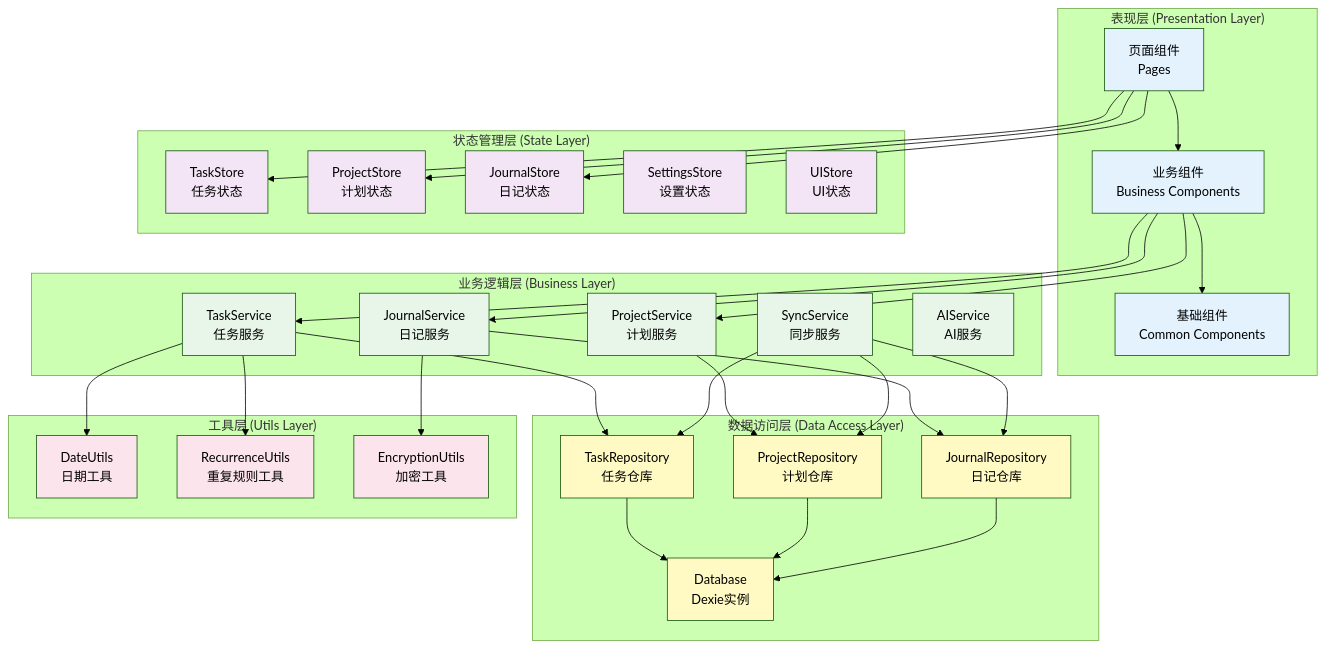
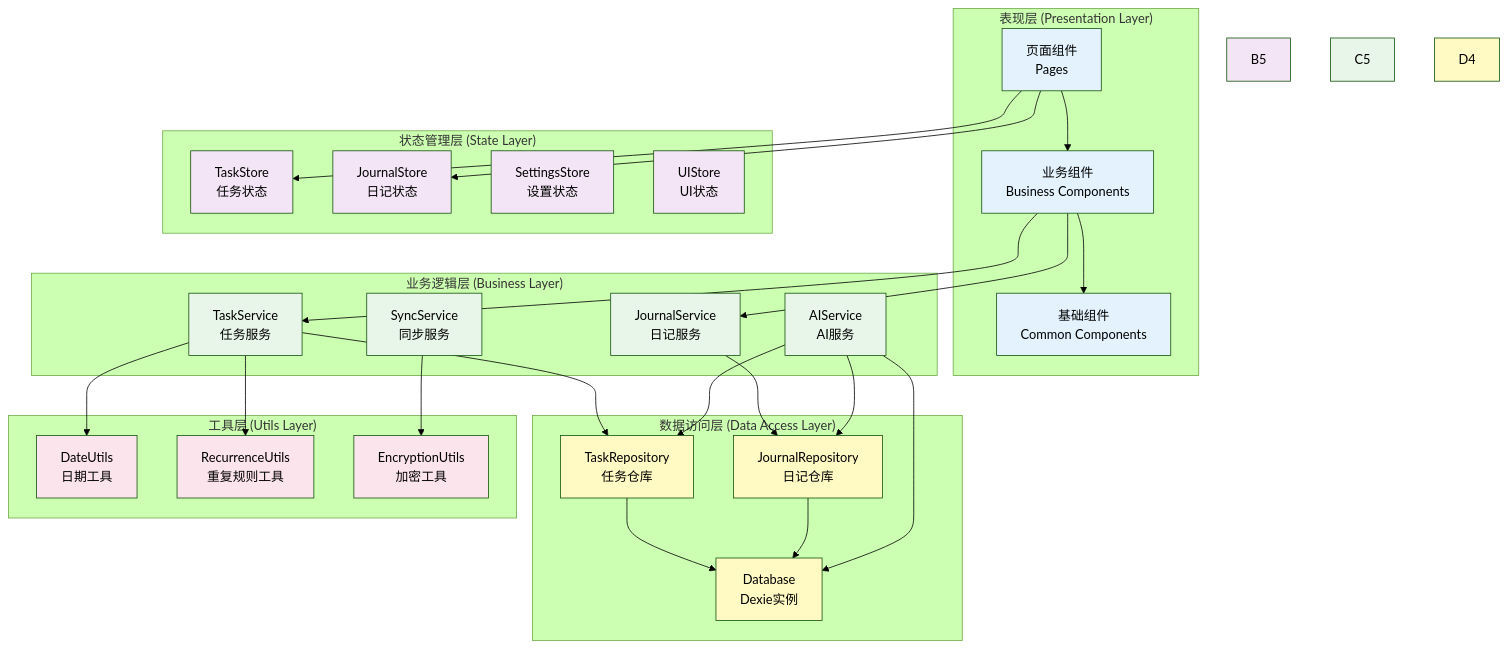
One commit to ConradZhangcong/one-day changed the third of 12 diagrams in docs/技术架构图.md. Above: the diagram before and after it, drawn with Mermaid (forest theme). The commit also changed other lines of this file and 26 other files, not shown here.

````diff
--- a/docs/技术架构图.md
+++ b/docs/技术架构图.md
@@ -121,79 +121,72 @@
 ```mermaid
 graph TD
     subgraph "表现层 (Presentation Layer)"
         A1[页面组件<br/>Pages]
         A2[业务组件<br/>Business Components]
         A3[基础组件<br/>Common Components]
     end
     
     subgraph "状态管理层 (State Layer)"
         B1[TaskStore<br/>任务状态]
-        B2[ProjectStore<br/>计划状态]
-        B3[JournalStore<br/>日记状态]
-        B4[SettingsStore<br/>设置状态]
-        B5[UIStore<br/>UI状态]
+        B2[JournalStore<br/>日记状态]
+        B3[SettingsStore<br/>设置状态]
+        B4[UIStore<br/>UI状态]
     end
     
     subgraph "业务逻辑层 (Business Layer)"
         C1[TaskService<br/>任务服务]
-        C2[ProjectService<br/>计划服务]
-        C3[JournalService<br/>日记服务]
-        C4[SyncService<br/>同步服务]
-        C5[AIService<br/>AI服务]
+        C2[JournalService<br/>日记服务]
+        C3[SyncService<br/>同步服务]
+        C4[AIService<br/>AI服务]
     end
     
     subgraph "数据访问层 (Data Access Layer)"
         D1[TaskRepository<br/>任务仓库]
-        D2[ProjectRepository<br/>计划仓库]
-        D3[JournalRepository<br/>日记仓库]
-        D4[Database<br/>Dexie实例]
+        D2[JournalRepository<br/>日记仓库]
+        D3[Database<br/>Dexie实例]
     end
     
     subgraph "工具层 (Utils Layer)"
         E1[DateUtils<br/>日期工具]
         E2[RecurrenceUtils<br/>重复规则工具]
         E3[EncryptionUtils<br/>加密工具]
     end
     
     A1 --> A2
     A2 --> A3
     A1 --> B1
     A1 --> B2
-    A1 --> B3
     A2 --> C1
     A2 --> C2
-    A2 --> C3
     C1 --> D1
     C2 --> D2
-    C3 --> D3
-    D1 --> D4
-    D2 --> D4
-    D3 --> D4
+    D1 --> D3
+    D2 --> D3
     C1 --> E1
     C1 --> E2
     C3 --> E3
     C4 --> D1
     C4 --> D2
     C4 --> D3
     
     style A1 fill:#e3f2fd
     style A2 fill:#e3f2fd
     style A3 fill:#e3f2fd
     style B1 fill:#f3e5f5
     style B2 fill:#f3e5f5
     style B3 fill:#f3e5f5
     style B4 fill:#f3e5f5
     style B5 fill:#f3e5f5
     style C1 fill:#e8f5e9
     style C2 fill:#e8f5e9
     style C3 fill:#e8f5e9
     style C4 fill:#e8f5e9
     style C5 fill:#e8f5e9
     style D1 fill:#fff9c4
     style D2 fill:#fff9c4
     style D3 fill:#fff9c4
     style D4 fill:#fff9c4
     style E1 fill:#fce4ec
     style E2 fill:#fce4ec
     style E3 fill:#fce4ec
 ```
````
